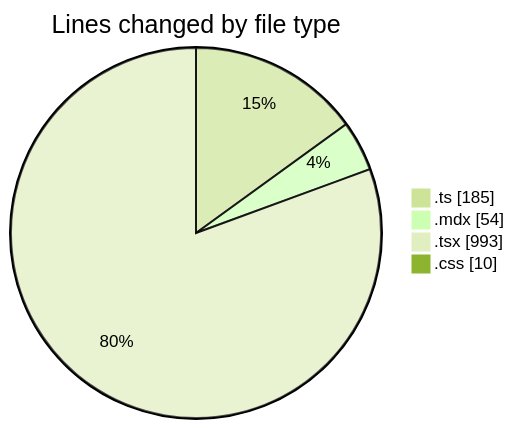
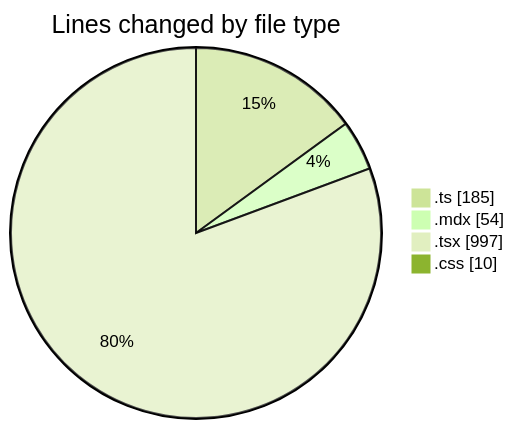
Before and after one commit to Elitesun/code-tracking: the first of 2 diagrams in 2025-05-25/elitesun/README.md, drawn with Mermaid (forest theme). The commit also changed other lines of this file and 1 other file, not shown here.

````diff
--- a/2025-05-25/elitesun/README.md
+++ b/2025-05-25/elitesun/README.md
@@ -32,8 +32,8 @@
 ```mermaid
 pie showData
 title Lines changed by file type
 ".ts" : 185
 ".mdx" : 54
-".tsx" : 993
+".tsx" : 997
 ".css" : 10
 ```
````
